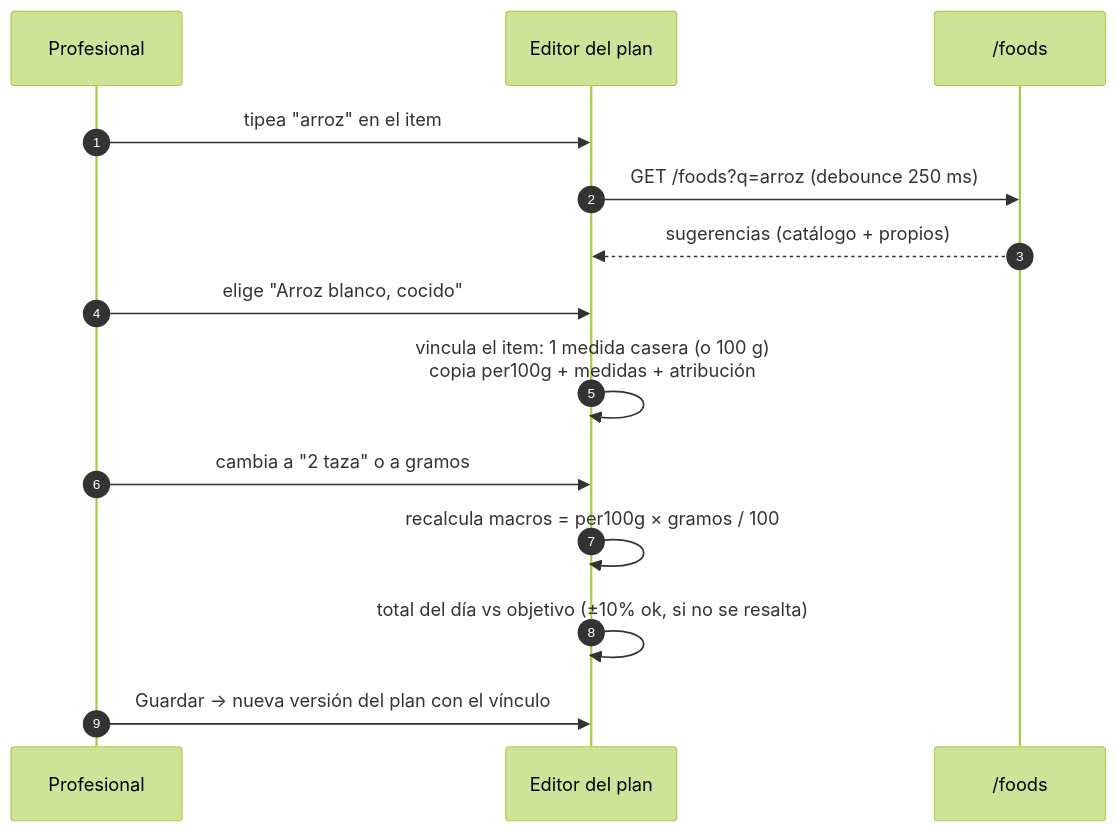
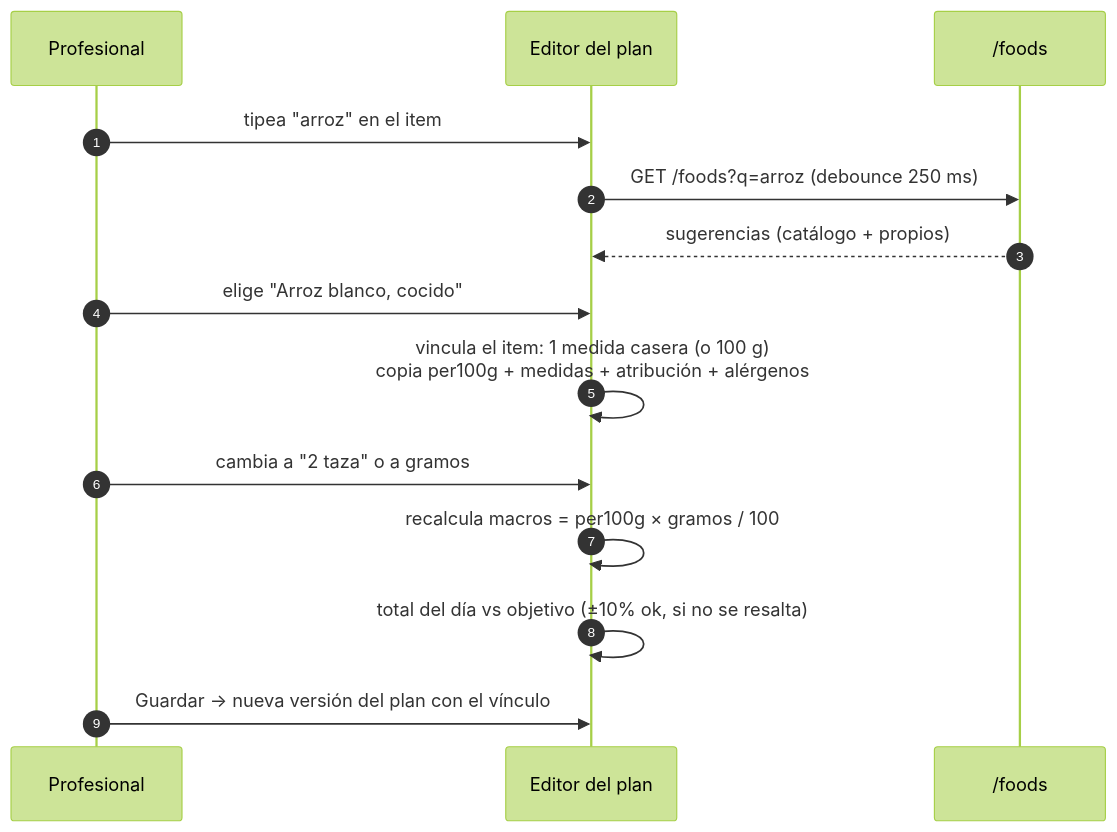
The second of 2 diagrams in docs/flows/foods.md (nebu-fhnatiuk/nutreitor), drawn with Mermaid (forest theme) before and after one commit. The commit also changed other lines of this file and 21 other files, not shown here.

````diff
--- a/docs/flows/foods.md
+++ b/docs/flows/foods.md
@@ -61,16 +61,16 @@
 ```mermaid
 sequenceDiagram
   autonumber
   participant P as Profesional
   participant E as Editor del plan
   participant API as /foods
   P->>E: tipea "arroz" en el item
   E->>API: GET /foods?q=arroz (debounce 250 ms)
   API-->>E: sugerencias (catálogo + propios)
   P->>E: elige "Arroz blanco, cocido"
-  E->>E: vincula el item: 1 medida casera (o 100 g)<br/>copia per100g + medidas + atribución
+  E->>E: vincula el item: 1 medida casera (o 100 g)<br/>copia per100g + medidas + atribución + alérgenos
   P->>E: cambia a "2 taza" o a gramos
   E->>E: recalcula macros = per100g × gramos / 100
   E->>E: total del día vs objetivo (±10% ok, si no se resalta)
   P->>E: Guardar → nueva versión del plan con el vínculo
 ```
````
